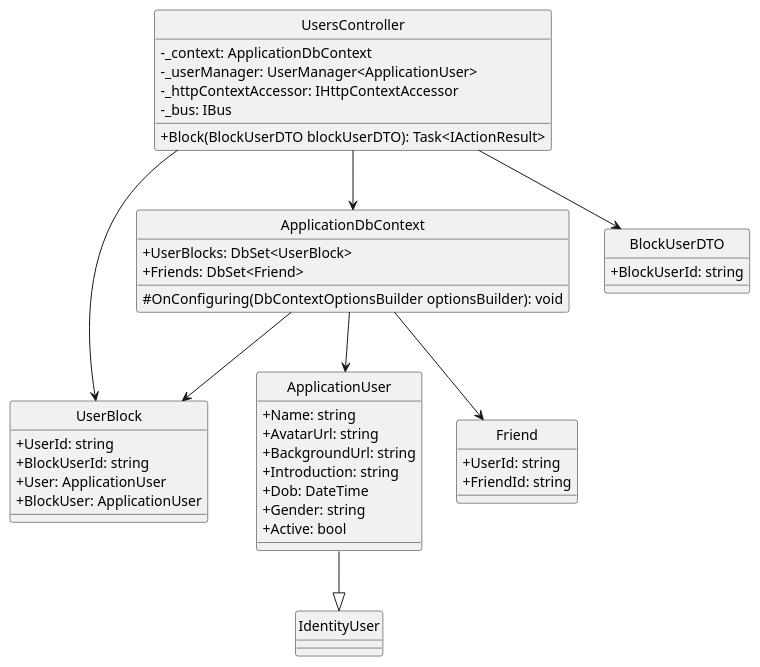
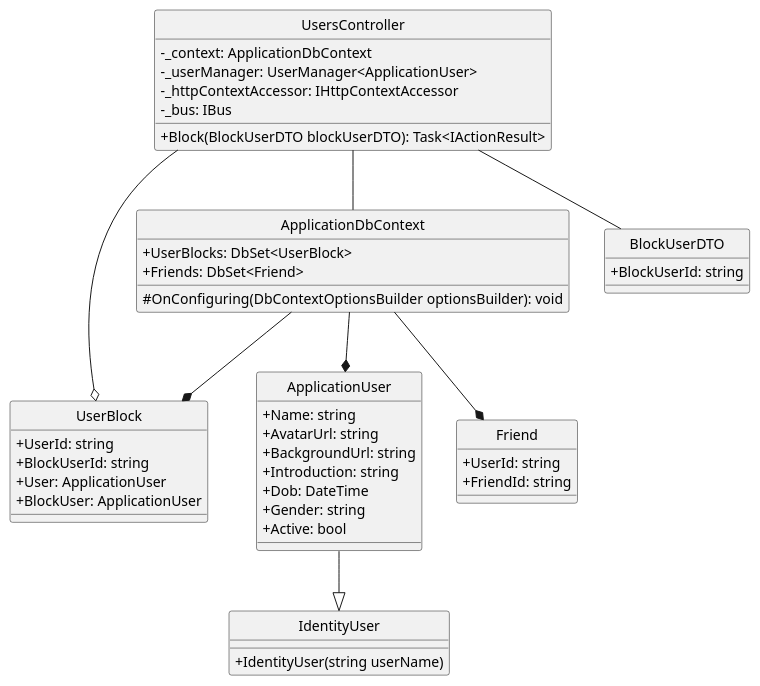
One commit to Carl-Johnsons/Chat-Application changed the diagram in docs/Class Diagram/Identity/BlockUser/ClassDiagram.plantuml. Above: the diagram before and after it, drawn with PlantUML. The commit also changed 7 other files, not shown here.

```diff
--- a/docs/Class Diagram/Identity/BlockUser/ClassDiagram.plantuml
+++ b/docs/Class Diagram/Identity/BlockUser/ClassDiagram.plantuml
@@ -1,52 +1,54 @@
 @startuml blockUser
 hide circle
 skinparam classAttributeIconSize 0
 class UsersController {
     - _context: ApplicationDbContext
     - _userManager: UserManager<ApplicationUser>
     - _httpContextAccessor: IHttpContextAccessor
     - _bus: IBus
     + Block(BlockUserDTO blockUserDTO): Task<IActionResult>
 }
 
 class ApplicationDbContext {
     + UserBlocks: DbSet<UserBlock>
     + Friends: DbSet<Friend>
     # OnConfiguring(DbContextOptionsBuilder optionsBuilder): void
 }
 class UserBlock{
     + UserId: string
     + BlockUserId: string
     + User: ApplicationUser
     + BlockUser: ApplicationUser
 }
 
 class BlockUserDTO {
     + BlockUserId: string
 }
 
 
 class ApplicationUser {
     + Name: string
     + AvatarUrl: string
     + BackgroundUrl: string
     + Introduction: string
     + Dob: DateTime
     + Gender: string
     + Active: bool
 }
 class Friend{
     + UserId: string
     + FriendId: string
 }
 
-class IdentityUser
+class IdentityUser {
+    + IdentityUser(string userName) 
+}
 
-UsersController --> ApplicationDbContext
-UsersController --> BlockUserDTO
-ApplicationDbContext --> ApplicationUser
-UsersController --> UserBlock
-ApplicationDbContext --> UserBlock
-ApplicationDbContext --> Friend
+UsersController -- ApplicationDbContext
+UsersController -- BlockUserDTO
+ApplicationDbContext --* ApplicationUser
+UsersController --o UserBlock
+ApplicationDbContext --* UserBlock
+ApplicationDbContext --* Friend
 ApplicationUser --|> IdentityUser
 @enduml
```
